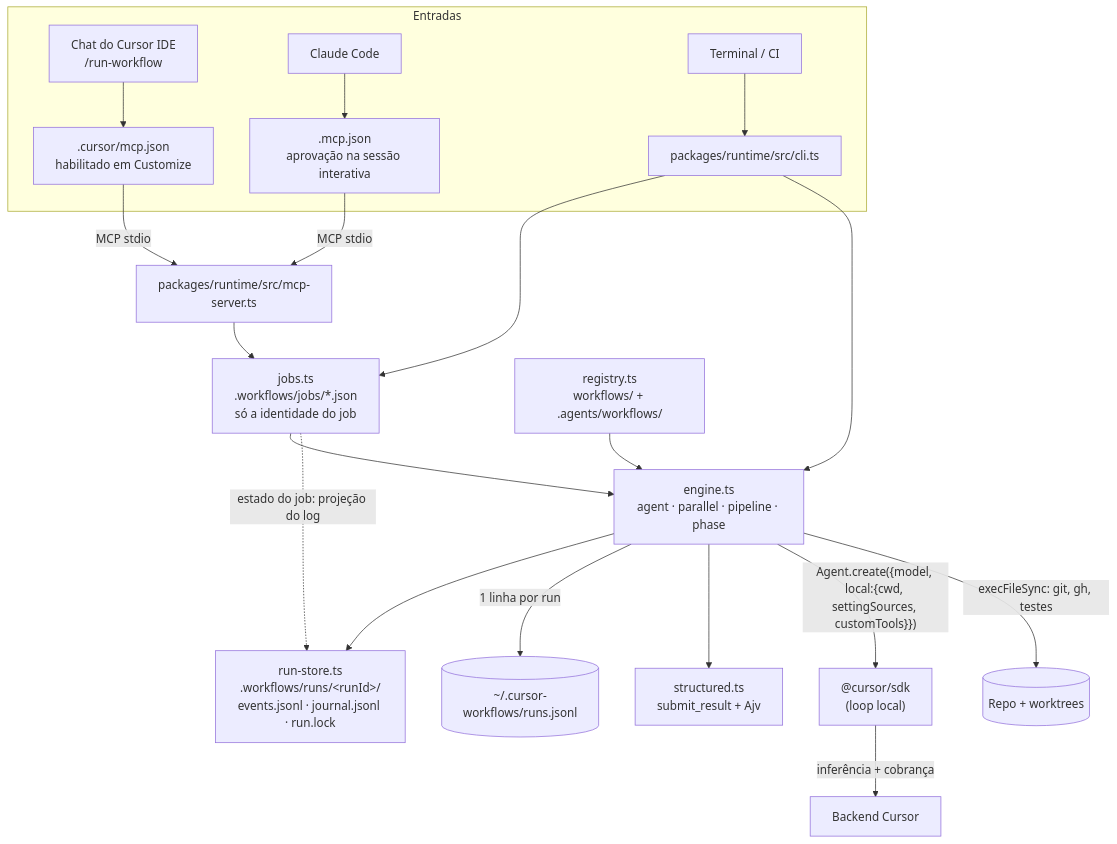
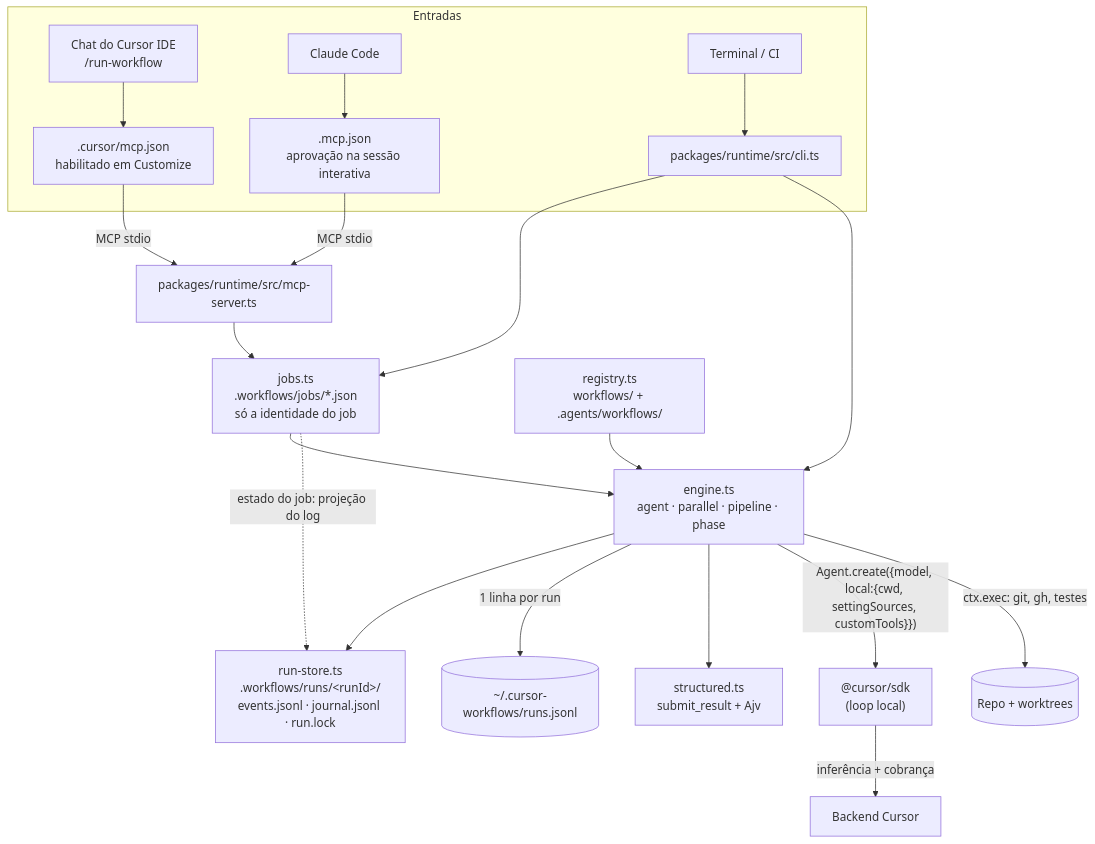
Before and after one commit to rodrigorjsf/cursor-workflows-starter: the first of 2 diagrams in docs/internals/01-arquitetura.md, drawn with Mermaid. The commit also changed other lines of this file and 23 other files, not shown here.

First line of the commit message:
feat(exec): ctx.exec: async, time-limited, logged commands

````diff
--- a/docs/internals/01-arquitetura.md
+++ b/docs/internals/01-arquitetura.md
@@ -5,22 +5,22 @@
 ```mermaid
 flowchart TB
   subgraph Entradas
     CHAT["Chat do Cursor IDE<br/>/run-workflow"] --> CREG[".cursor/mcp.json<br/>habilitado em Customize"]
     CCODE["Claude Code"] --> CCREG[".mcp.json<br/>aprovação na sessão interativa"]
     TERM["Terminal / CI"] --> CLI[packages/runtime/src/cli.ts]
   end
   CREG -->|MCP stdio| MCP[packages/runtime/src/mcp-server.ts]
   CCREG -->|MCP stdio| MCP
   MCP --> JOBS[jobs.ts<br/>.workflows/jobs/*.json<br/>só a identidade do job]
   CLI --> JOBS
   CLI --> ENG
   JOBS --> ENG[engine.ts<br/>agent · parallel · pipeline · phase]
   REG[registry.ts<br/>workflows/ + .agents/workflows/] --> ENG
   ENG --> JR[run-store.ts<br/>.workflows/runs/&lt;runId&gt;/<br/>events.jsonl · journal.jsonl · run.lock]
   JOBS -.->|"estado do job: projeção do log"| JR
   ENG -->|1 linha por run| IDX[("~/.cursor-workflows/runs.jsonl")]
   ENG --> ST[structured.ts<br/>submit_result + Ajv]
   ENG -->|"Agent.create({model, local:{cwd, settingSources, customTools}})"| SDK["@cursor/sdk<br/>(loop local)"]
   SDK -->|inferência + cobrança| CUR[Backend Cursor]
-  ENG -->|"execFileSync: git, gh, testes"| REPO[(Repo + worktrees)]
+  ENG -->|"ctx.exec: git, gh, testes"| REPO[(Repo + worktrees)]
 ```
````
